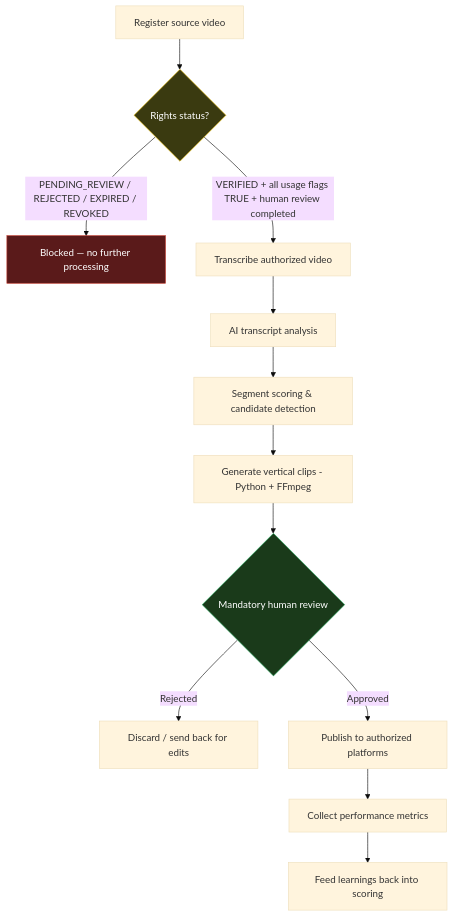
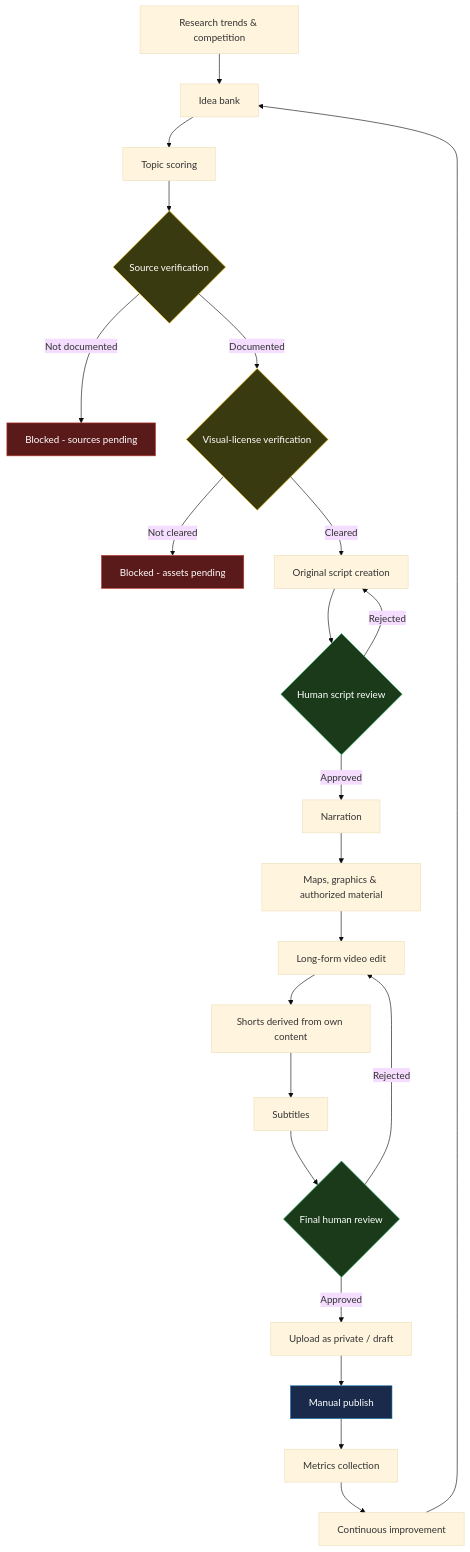
One commit to kevinEspinozaTech/clipping-automation-portfolio changed the diagram in README.md. Above: the diagram before and after it, drawn with Mermaid (base theme). The commit also changed other lines of this file and 29 other files, not shown here.

````diff
--- a/README.md
+++ b/README.md
@@ -44,18 +39,32 @@
 ```mermaid
 flowchart TD
-    A[Register source video] --> B{Rights status?}
-    B -->|PENDING_REVIEW / REJECTED / EXPIRED / REVOKED| X[Blocked — no further processing]
-    B -->|VERIFIED + all usage flags TRUE + human review completed| C[Transcribe authorized video]
-    C --> D[AI transcript analysis]
-    D --> E[Segment scoring & candidate detection]
-    E --> F[Generate vertical clips - Python + FFmpeg]
-    F --> G{Mandatory human review}
-    G -->|Rejected| H[Discard / send back for edits]
-    G -->|Approved| I[Publish to authorized platforms]
-    I --> J[Collect performance metrics]
-    J --> K[Feed learnings back into scoring]
+    A[Research trends & competition] --> B[Idea bank]
+    B --> C[Topic scoring]
+    C --> D{Source verification}
+    D -->|Not documented| D1[Blocked - sources pending]
+    D -->|Documented| E{Visual-license verification}
+    E -->|Not cleared| E1[Blocked - assets pending]
+    E -->|Cleared| F[Original script creation]
+    F --> G{Human script review}
+    G -->|Rejected| F
+    G -->|Approved| H[Narration]
+    H --> I[Maps, graphics & authorized material]
+    I --> J[Long-form video edit]
+    J --> K[Shorts derived from own content]
+    K --> L[Subtitles]
+    L --> M{Final human review}
+    M -->|Rejected| J
+    M -->|Approved| N[Upload as private / draft]
+    N --> O[Manual publish]
+    O --> P[Metrics collection]
+    P --> Q[Continuous improvement]
+    Q --> B
 
-    style X fill:#5a1a1a,stroke:#c0392b,color:#fff
-    style B fill:#3a3a10,stroke:#f1c40f,color:#fff
+    style D1 fill:#5a1a1a,stroke:#c0392b,color:#fff
+    style E1 fill:#5a1a1a,stroke:#c0392b,color:#fff
+    style D fill:#3a3a10,stroke:#f1c40f,color:#fff
+    style E fill:#3a3a10,stroke:#f1c40f,color:#fff
     style G fill:#1a3a1a,stroke:#27ae60,color:#fff
+    style M fill:#1a3a1a,stroke:#27ae60,color:#fff
+    style O fill:#1a2a4a,stroke:#2980b9,color:#fff
 ```
````
